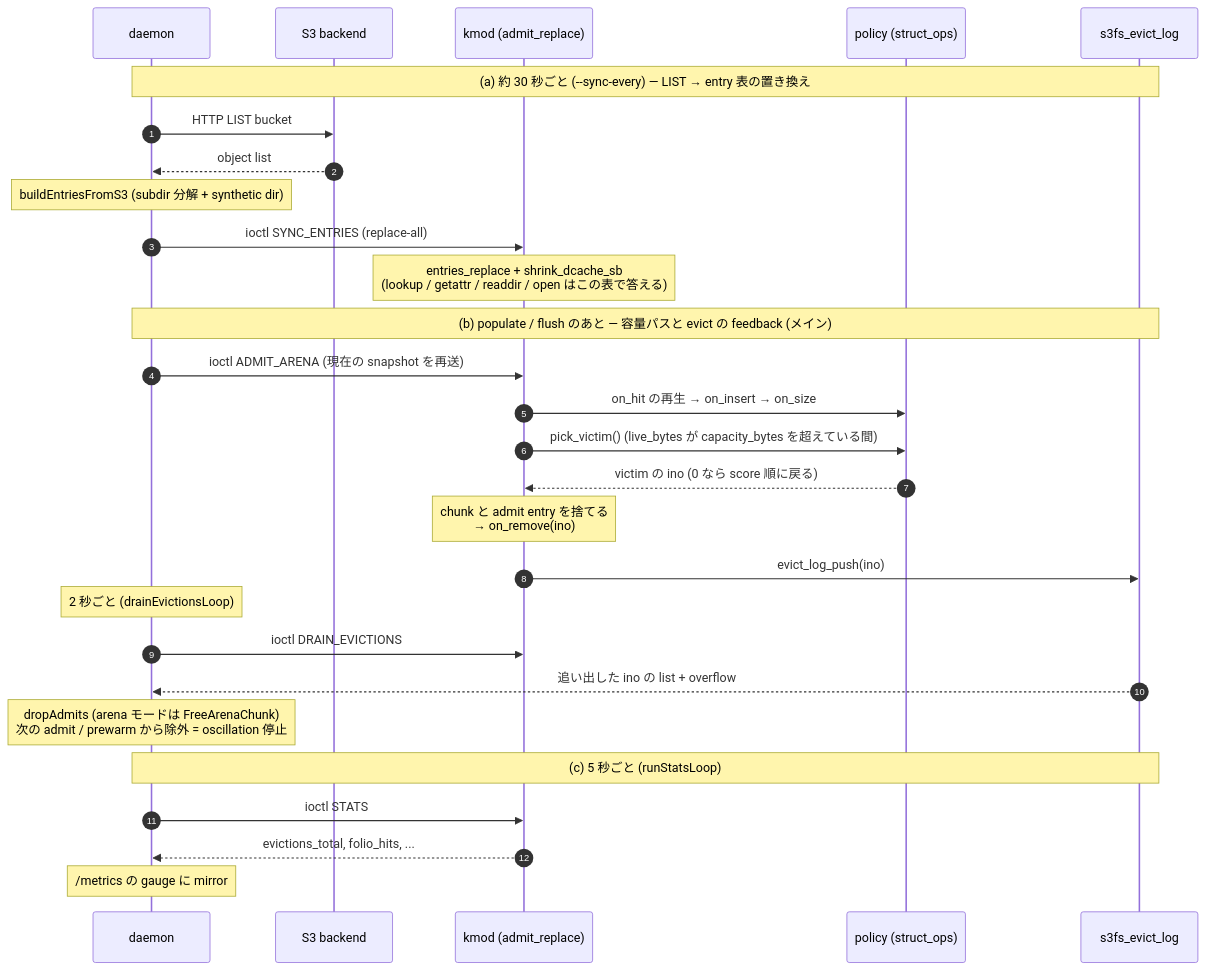
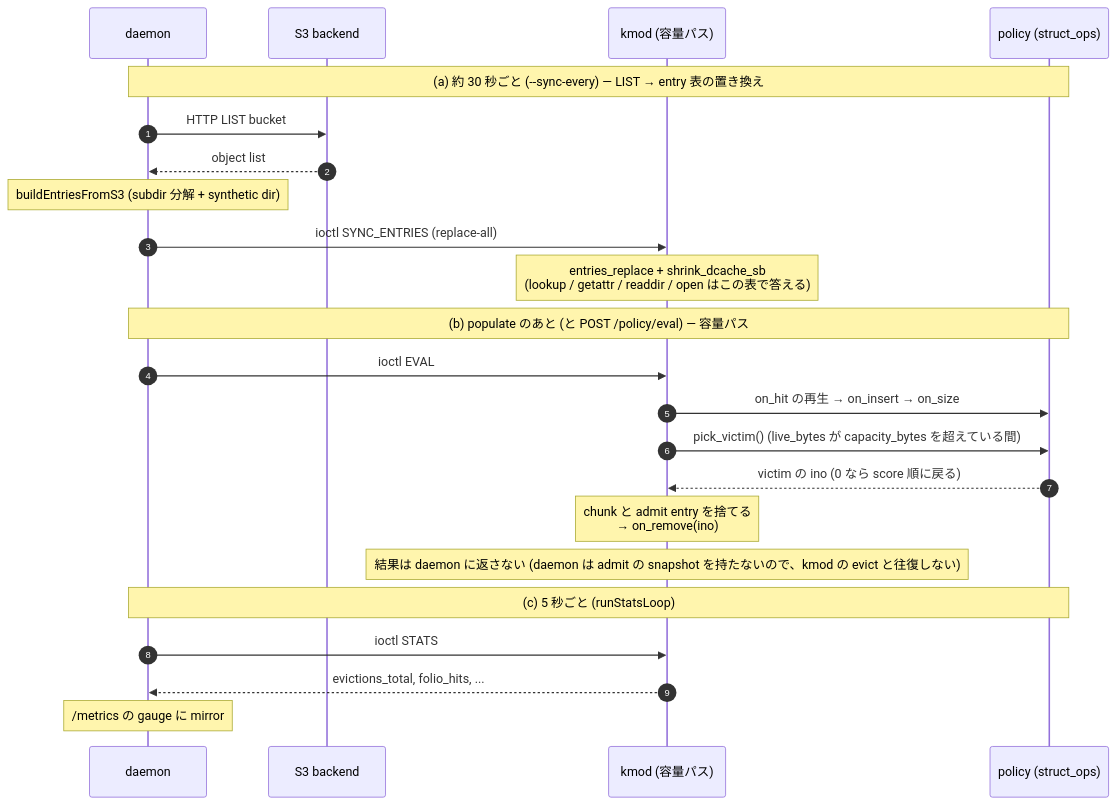
Before and after one commit to masu-mi/s3fs-ebpf: the fifth of 5 diagrams in docs/design/component-communication.md, drawn with Mermaid. The commit also changed other lines of this file and 37 other files, not shown here.

First line of the commit message:
v2 Phase 3b: capacity pass in the kmod (EVAL), drop ADMIT_ARENA / DRAIN_EVICTIONS / the daemon's admit table; unit tests

````diff
--- a/docs/design/component-communication.md
+++ b/docs/design/component-communication.md
@@ -327,33 +325,28 @@
 ```mermaid
 sequenceDiagram
     autonumber
     participant Daemon as daemon
     participant S3 as S3 backend
-    participant Kmod as kmod (admit_replace)
+    participant Kmod as kmod (容量パス)
     participant Pol as policy (struct_ops)
-    participant Log as s3fs_evict_log
 
-    Note over Daemon,Log: (a) 約 30 秒ごと (--sync-every) — LIST → entry 表の置き換え
+    Note over Daemon,Pol: (a) 約 30 秒ごと (--sync-every) — LIST → entry 表の置き換え
     Daemon->>S3: HTTP LIST bucket
     S3-->>Daemon: object list
     Note over Daemon: buildEntriesFromS3 (subdir 分解 + synthetic dir)
     Daemon->>Kmod: ioctl SYNC_ENTRIES (replace-all)
     Note over Kmod: entries_replace + shrink_dcache_sb<br/>(lookup / getattr / readdir / open はこの表で答える)
 
-    Note over Daemon,Log: (b) populate / flush のあと — 容量パスと evict の feedback (メイン)
-    Daemon->>Kmod: ioctl ADMIT_ARENA (現在の snapshot を再送)
+    Note over Daemon,Pol: (b) populate のあと (と POST /policy/eval) — 容量パス
+    Daemon->>Kmod: ioctl EVAL
     Kmod->>Pol: on_hit の再生 → on_insert → on_size
     Kmod->>Pol: pick_victim() (live_bytes が capacity_bytes を超えている間)
     Pol-->>Kmod: victim の ino (0 なら score 順に戻る)
     Note over Kmod: chunk と admit entry を捨てる<br/>→ on_remove(ino)
-    Kmod->>Log: evict_log_push(ino)
-    Note over Daemon: 2 秒ごと (drainEvictionsLoop)
-    Daemon->>Kmod: ioctl DRAIN_EVICTIONS
-    Log-->>Daemon: 追い出した ino の list + overflow
-    Note over Daemon: dropAdmits (arena モードは FreeArenaChunk)<br/>次の admit / prewarm から除外 = oscillation 停止
+    Note over Kmod: 結果は daemon に返さない (daemon は admit の snapshot を持たないので、kmod の evict と往復しない)
 
-    Note over Daemon,Log: (c) 5 秒ごと (runStatsLoop)
+    Note over Daemon,Pol: (c) 5 秒ごと (runStatsLoop)
     Daemon->>Kmod: ioctl STATS
     Kmod-->>Daemon: evictions_total, folio_hits, ...
     Note over Daemon: /metrics の gauge に mirror
 ```
````
